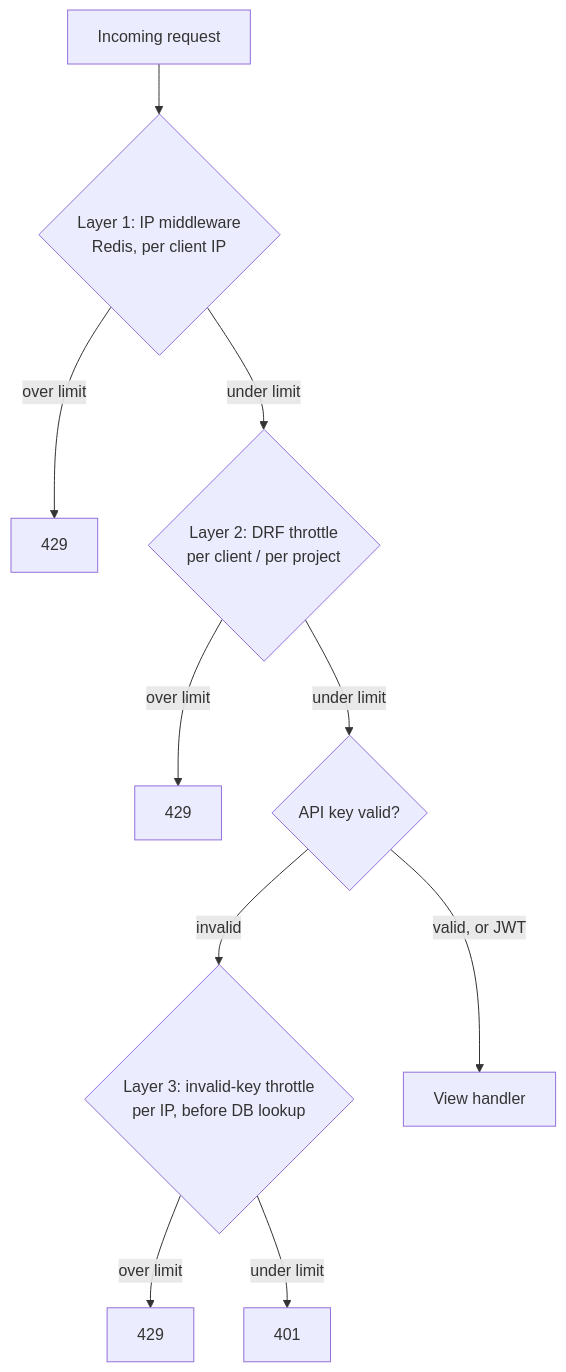
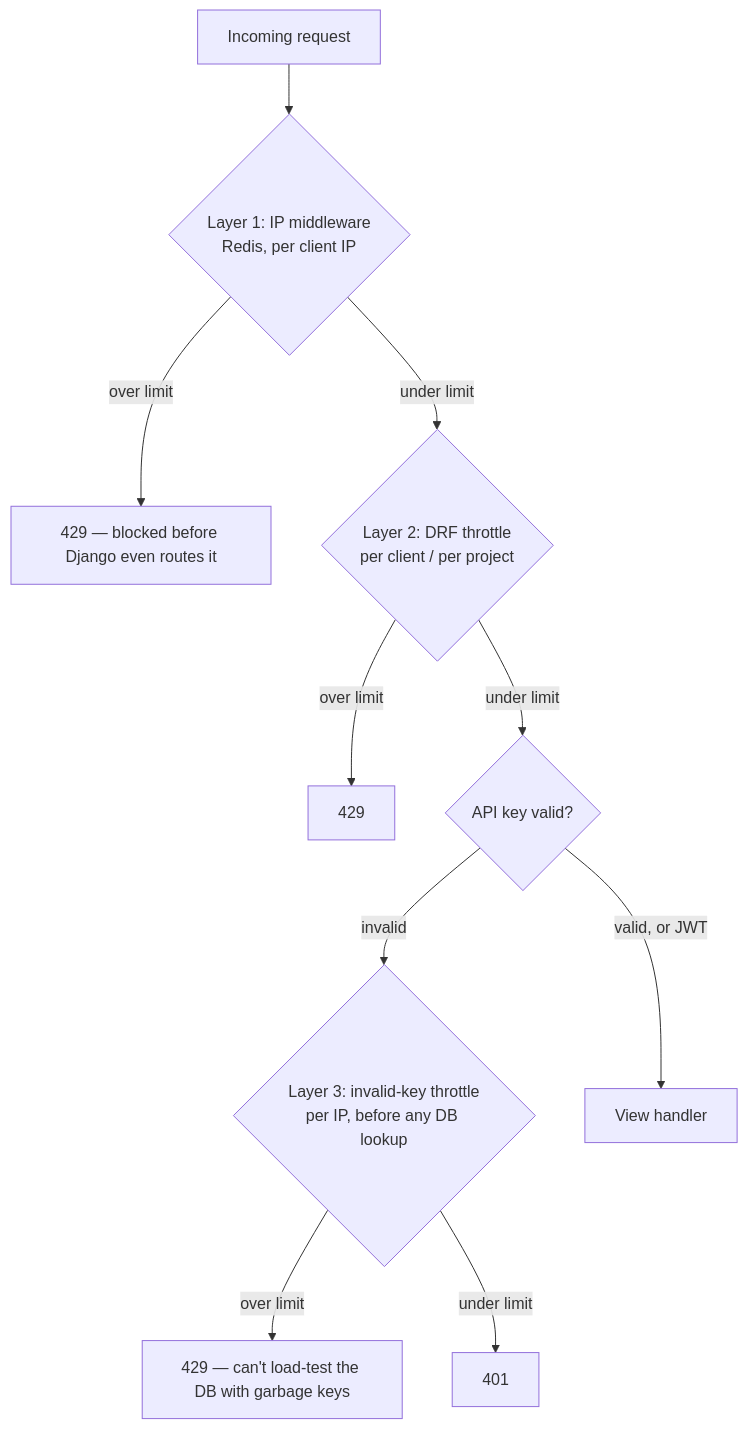
The second of 2 diagrams in README.md (arjun16-t/chatbot-saas), drawn with Mermaid before and after one commit. The commit also changed other lines of this file and 3 other files, not shown here.

````diff
--- a/README.md
+++ b/README.md
@@ -50,12 +64,12 @@
 ```mermaid
 flowchart TD
     A["Incoming request"] --> B{"Layer 1: IP middleware<br/>Redis, per client IP"}
-    B -->|"over limit"| BR["429"]
+    B -->|"over limit"| BR["429 — blocked before Django even routes it"]
     B -->|"under limit"| C{"Layer 2: DRF throttle<br/>per client / per project"}
     C -->|"over limit"| CR["429"]
     C -->|"under limit"| D{"API key valid?"}
-    D -->|"invalid"| E{"Layer 3: invalid-key throttle<br/>per IP, before DB lookup"}
-    E -->|"over limit"| ER["429"]
+    D -->|"invalid"| E{"Layer 3: invalid-key throttle<br/>per IP, before any DB lookup"}
+    E -->|"over limit"| ER["429 — can't load-test the DB with garbage keys"]
     E -->|"under limit"| DR["401"]
     D -->|"valid, or JWT"| F["View handler"]
 ```
````
